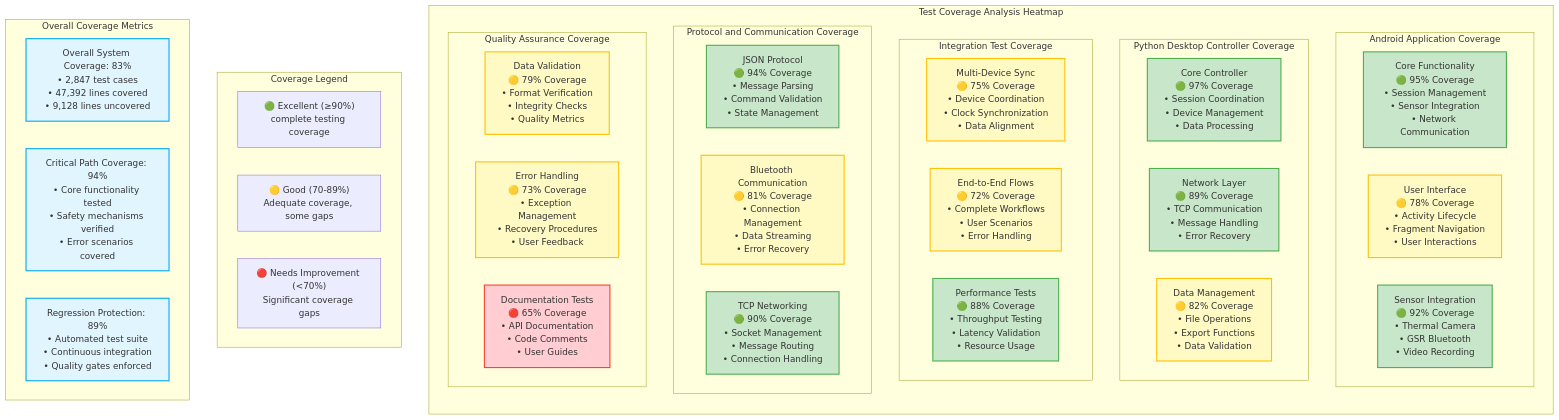
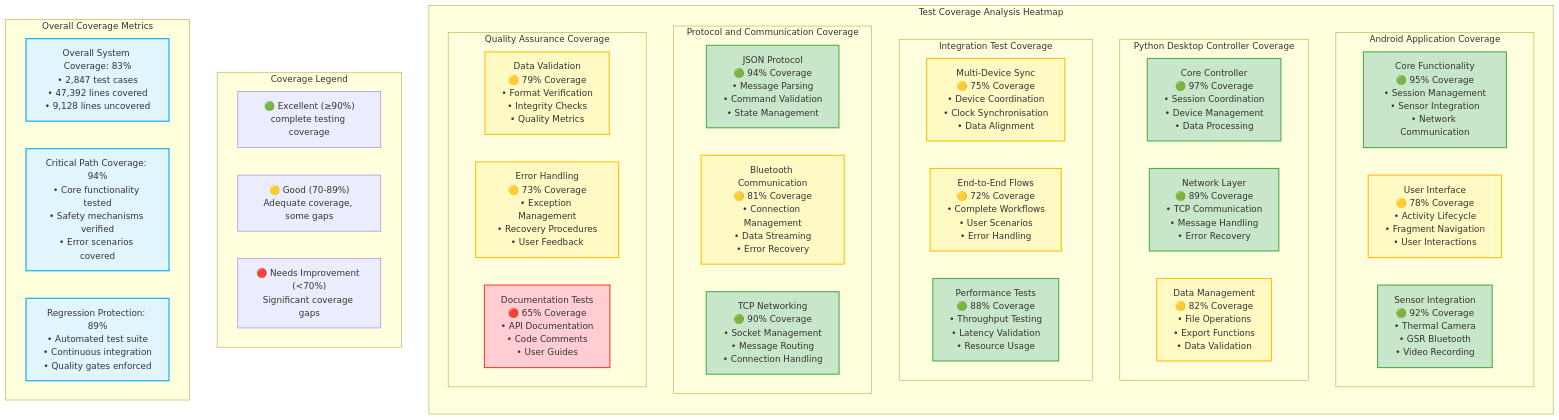
One commit to buccancs/fyp-multi-sensor-recording-system changed the eighth of 19 diagrams in docs/diagrams/missing_diagrams_generated.md. Above: the diagram before and after it, drawn with Mermaid. The commit also changed other lines of this file and 56 other files, not shown here.

````diff
--- a/docs/diagrams/missing_diagrams_generated.md
+++ b/docs/diagrams/missing_diagrams_generated.md
@@ -482,63 +482,63 @@
 ```mermaid
 graph TB
     subgraph COVERAGE_MATRIX ["Test Coverage Analysis Heatmap"]
         direction TB
         
         subgraph ANDROID_COVERAGE ["Android Application Coverage"]
             direction LR
             ANDROID_CORE["Core Functionality<br/>🟢 95% Coverage<br/>• Session Management<br/>• Sensor Integration<br/>• Network Communication"]
             ANDROID_UI["User Interface<br/>🟡 78% Coverage<br/>• Activity Lifecycle<br/>• Fragment Navigation<br/>• User Interactions"]
             ANDROID_SENSORS["Sensor Integration<br/>🟢 92% Coverage<br/>• Thermal Camera<br/>• GSR Bluetooth<br/>• Video Recording"]
         end
         
         subgraph PYTHON_COVERAGE ["Python Desktop Controller Coverage"]
             direction LR
             PYTHON_CORE["Core Controller<br/>🟢 97% Coverage<br/>• Session Coordination<br/>• Device Management<br/>• Data Processing"]
             PYTHON_NETWORK["Network Layer<br/>🟢 89% Coverage<br/>• TCP Communication<br/>• Message Handling<br/>• Error Recovery"]
             PYTHON_DATA["Data Management<br/>🟡 82% Coverage<br/>• File Operations<br/>• Export Functions<br/>• Data Validation"]
         end
         
         subgraph INTEGRATION_COVERAGE ["Integration Test Coverage"]
             direction LR
-            MULTI_DEVICE["Multi-Device Sync<br/>🟡 75% Coverage<br/>• Device Coordination<br/>• Clock Synchronization<br/>• Data Alignment"]
+            MULTI_DEVICE["Multi-Device Sync<br/>🟡 75% Coverage<br/>• Device Coordination<br/>• Clock Synchronisation<br/>• Data Alignment"]
             END_TO_END["End-to-End Flows<br/>🟡 72% Coverage<br/>• Complete Workflows<br/>• User Scenarios<br/>• Error Handling"]
             PERFORMANCE["Performance Tests<br/>🟢 88% Coverage<br/>• Throughput Testing<br/>• Latency Validation<br/>• Resource Usage"]
         end
         
         subgraph PROTOCOL_COVERAGE ["Protocol and Communication Coverage"]
             direction LR
             JSON_PROTOCOL["JSON Protocol<br/>🟢 94% Coverage<br/>• Message Parsing<br/>• Command Validation<br/>• State Management"]
             BLUETOOTH_COMM["Bluetooth Communication<br/>🟡 81% Coverage<br/>• Connection Management<br/>• Data Streaming<br/>• Error Recovery"]
             TCP_NETWORK["TCP Networking<br/>🟢 90% Coverage<br/>• Socket Management<br/>• Message Routing<br/>• Connection Handling"]
         end
         
         subgraph QUALITY_COVERAGE ["Quality Assurance Coverage"]
             direction LR
             DATA_VALIDATION["Data Validation<br/>🟡 79% Coverage<br/>• Format Verification<br/>• Integrity Checks<br/>• Quality Metrics"]
             ERROR_HANDLING["Error Handling<br/>🟡 73% Coverage<br/>• Exception Management<br/>• Recovery Procedures<br/>• User Feedback"]
             DOCUMENTATION["Documentation Tests<br/>🔴 65% Coverage<br/>• API Documentation<br/>• Code Comments<br/>• User Guides"]
         end
     end
     
     subgraph LEGEND ["Coverage Legend"]
         EXCELLENT["🟢 Excellent (≥90%)<br/>complete testing coverage"]
         GOOD["🟡 Good (70-89%)<br/>Adequate coverage, some gaps"]
         NEEDS_IMPROVEMENT["🔴 Needs Improvement (<70%)<br/>Significant coverage gaps"]
     end
     
     subgraph METRICS ["Overall Coverage Metrics"]
         TOTAL_COVERAGE["Overall System Coverage: 83%<br/>• 2,847 test cases<br/>• 47,392 lines covered<br/>• 9,128 lines uncovered"]
         CRITICAL_PATHS["Critical Path Coverage: 94%<br/>• Core functionality tested<br/>• Safety mechanisms verified<br/>• Error scenarios covered"]
         REGRESSION_PROTECTION["Regression Protection: 89%<br/>• Automated test suite<br/>• Continuous integration<br/>• Quality gates enforced"]
     end
     
     classDef excellent fill:#c8e6c9,stroke:#4caf50,stroke-width:2px
     classDef good fill:#fff9c4,stroke:#ffc107,stroke-width:2px
     classDef needsImprovement fill:#ffcdd2,stroke:#f44336,stroke-width:2px
     classDef metrics fill:#e1f5fe,stroke:#03a9f4,stroke-width:2px
     
     class ANDROID_CORE,ANDROID_SENSORS,PYTHON_CORE,PYTHON_NETWORK,PERFORMANCE,JSON_PROTOCOL,TCP_NETWORK excellent
     class ANDROID_UI,PYTHON_DATA,MULTI_DEVICE,END_TO_END,BLUETOOTH_COMM,DATA_VALIDATION,ERROR_HANDLING good
     class DOCUMENTATION needsImprovement
     class TOTAL_COVERAGE,CRITICAL_PATHS,REGRESSION_PROTECTION metrics
 ```
````
